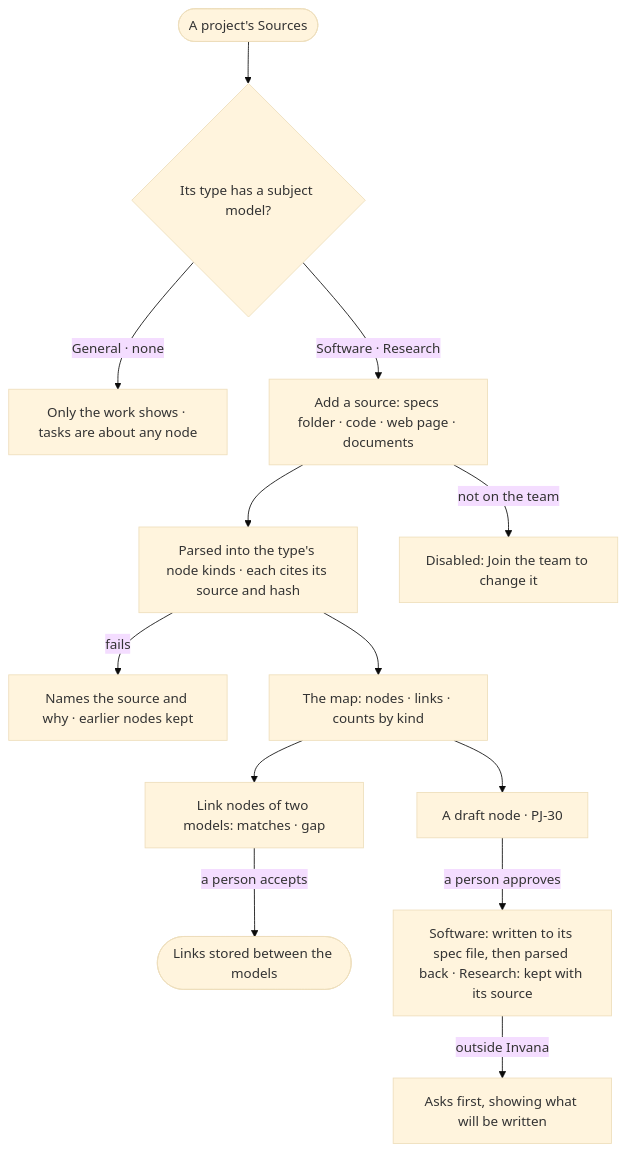
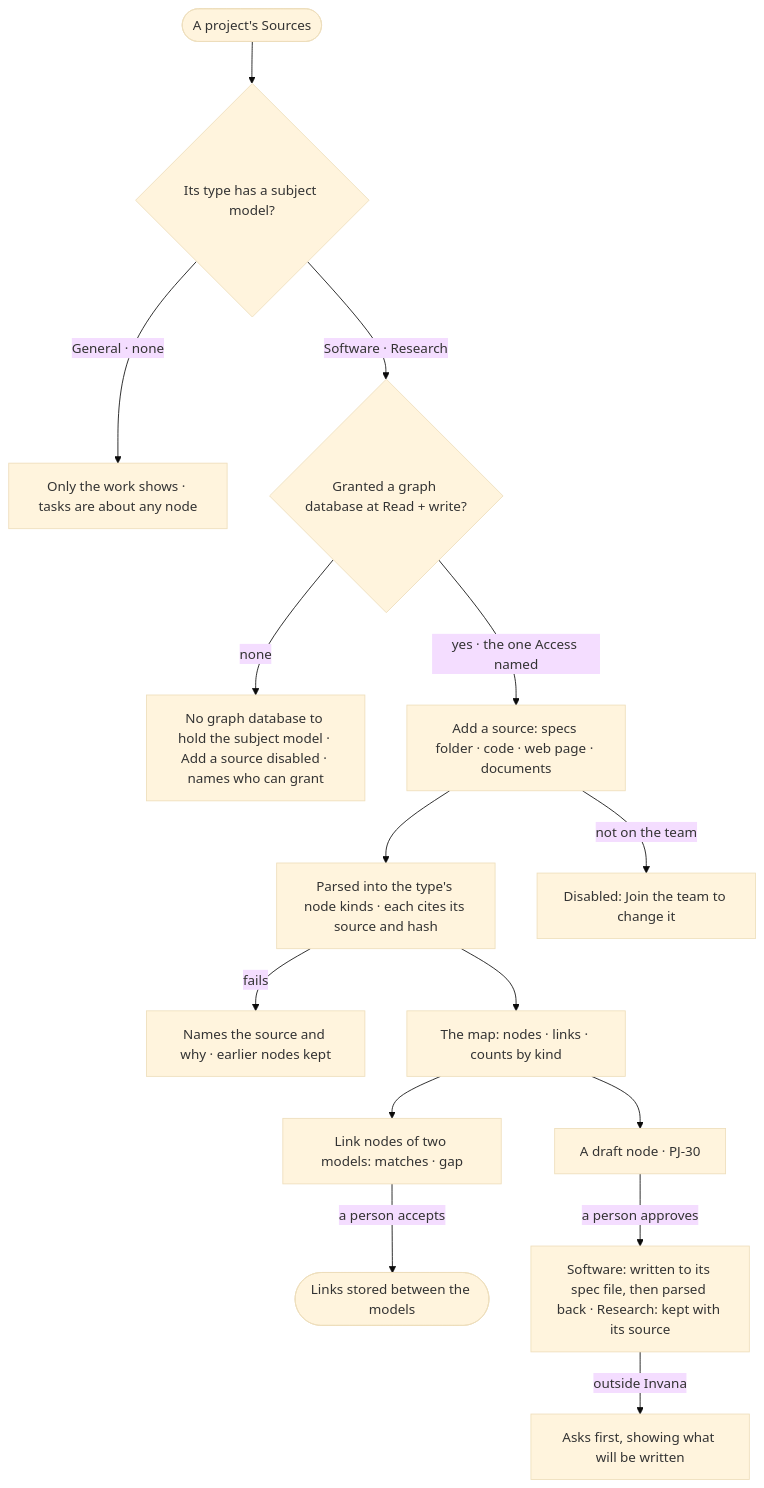
Before and after one commit to invana/invana: the diagram in specs/capabilities/projects/features/PJ-F07-the-project-graph/stories/PJ-28-ground-a-project-in-its-subject-model/story.md, drawn with Mermaid (base theme). The commit also changed other lines of this file and 12 other files, not shown here.

First line of the commit message:
docs(platform-design-3): New project's Access step — one project access template

````diff
--- a/specs/capabilities/projects/features/PJ-F07-the-project-graph/stories/PJ-28-ground-a-project-in-its-subject-model/story.md
+++ b/specs/capabilities/projects/features/PJ-F07-the-project-graph/stories/PJ-28-ground-a-project-in-its-subject-model/story.md
@@ -25,15 +25,17 @@
 ```mermaid
 flowchart TD
   s([A project's Sources]) --> ty{"Its type has a subject model?"}
   ty -->|General · none| nm["Only the work shows · tasks are about any node"]
-  ty -->|Software · Research| src["Add a source: specs folder · code · web page · documents"]
+  ty -->|Software · Research| db{"Granted a graph database at Read + write?"}
+  db -->|none| nodb["No graph database to hold the subject model · Add a source disabled · names who can grant"]
+  db -->|yes · the one Access named| src["Add a source: specs folder · code · web page · documents"]
   src --> pr["Parsed into the type's node kinds · each cites its source and hash"]
   pr -->|fails| pf["Names the source and why · earlier nodes kept"]
   pr --> mp["The map: nodes · links · counts by kind"]
   mp --> lk["Link nodes of two models: matches · gap"]
   lk -->|a person accepts| ok(["Links stored between the models"])
   mp --> dr["A draft node · PJ-30"]
   dr -->|a person approves| wr["Software: written to its spec file, then parsed back · Research: kept with its source"]
   wr -->|outside Invana| ask["Asks first, showing what will be written"]
   src -->|not on the team| na["Disabled: Join the team to change it"]
 ```
````
